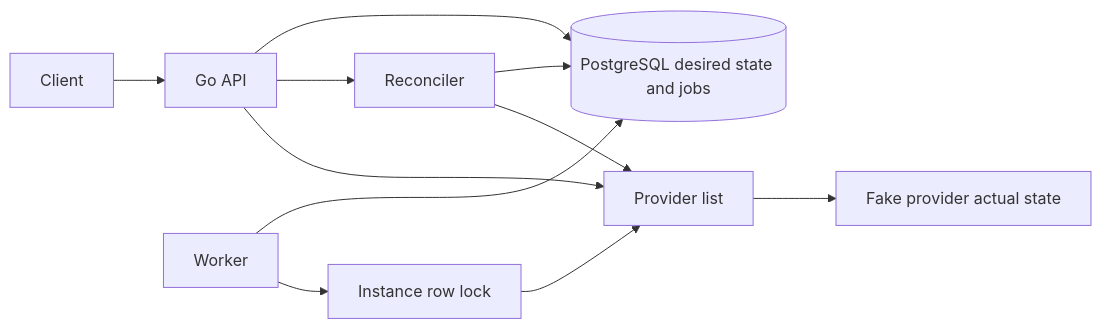
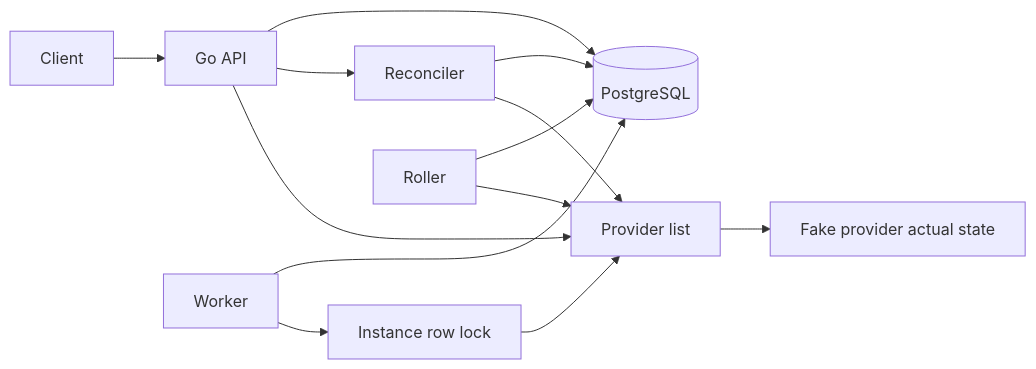
One commit to chrisuzor/fleetpilot changed the diagram in README.md. Above: the diagram before and after it, drawn with Mermaid. The commit also changed other lines of this file and 14 other files, not shown here.

````diff
--- a/README.md
+++ b/README.md
@@ -11,13 +11,15 @@
 ```mermaid
 flowchart LR
   client[Client] --> api[Go API]
-  api --> db[(PostgreSQL desired state and jobs)]
+  api --> db[(PostgreSQL)]
   api --> rec[Reconciler]
   rec --> db
   rec --> provider[Provider list]
   worker[Worker] --> db
   worker --> lock[Instance row lock]
   lock --> provider
+  roller[Roller] --> db
+  roller --> provider
   provider --> fake[Fake provider actual state]
   api --> provider
 ```
````
